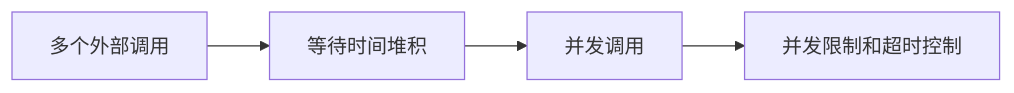
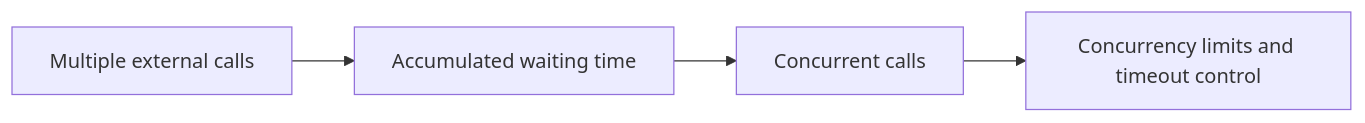
The diagram in docs/ch08-rag/ch04-engineering/01-async-programming.md (oudbiao/AI-fullstack-course), drawn with Mermaid before and after one commit. The commit also changed other lines of this file and 1406 other files, not shown here.

````diff
--- a/docs/ch08-rag/ch04-engineering/01-async-programming.md
+++ b/docs/ch08-rag/ch04-engineering/01-async-programming.md
@@ -33,6 +33,6 @@
 ```mermaid
 flowchart LR
-    A["多个外部调用"] --> B["等待时间堆积"]
-    B --> C["并发调用"]
-    C --> D["并发限制和超时控制"]
+    A["Multiple external calls"] --> B["Accumulated waiting time"]
+    B --> C["Concurrent calls"]
+    C --> D["Concurrency limits and timeout control"]
 ```
````
